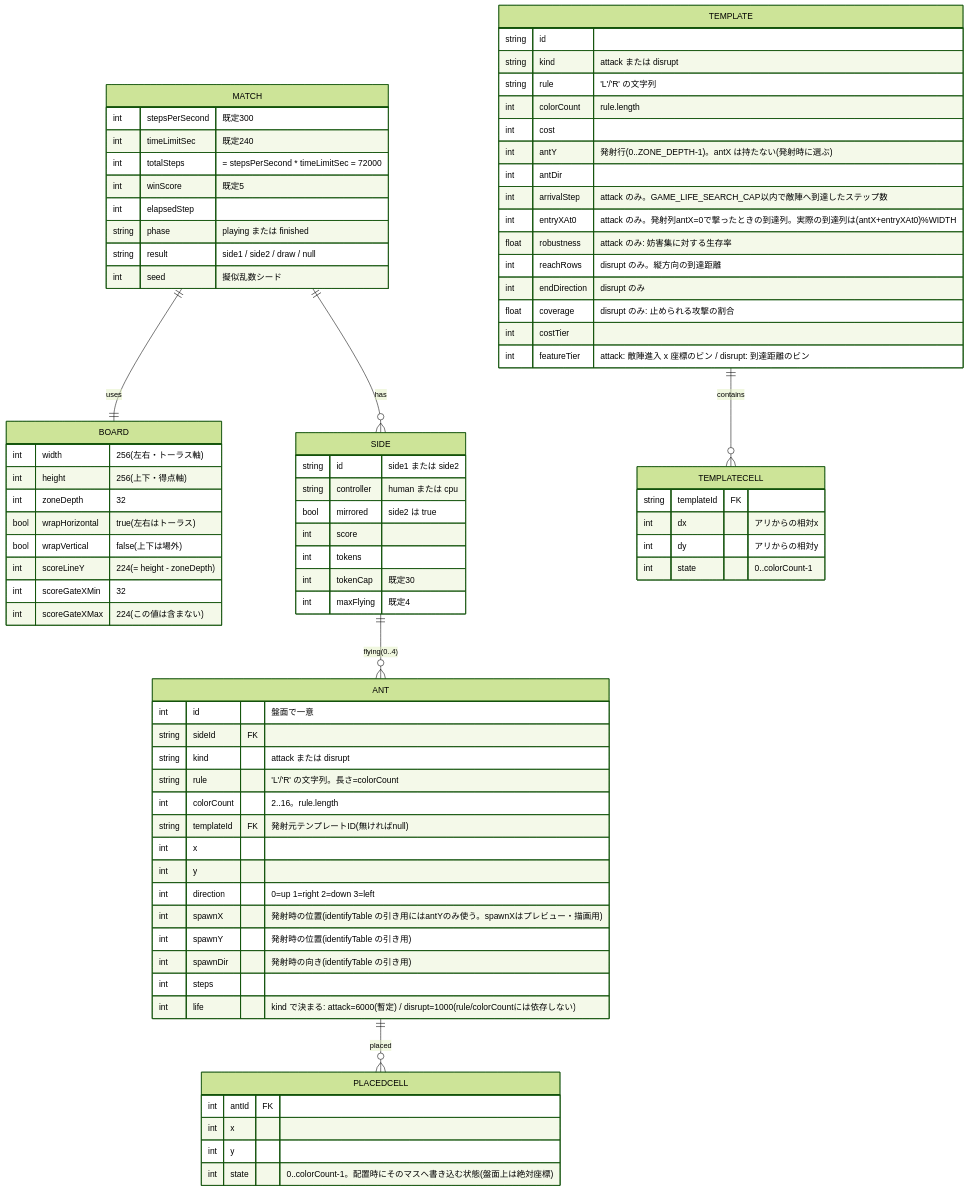
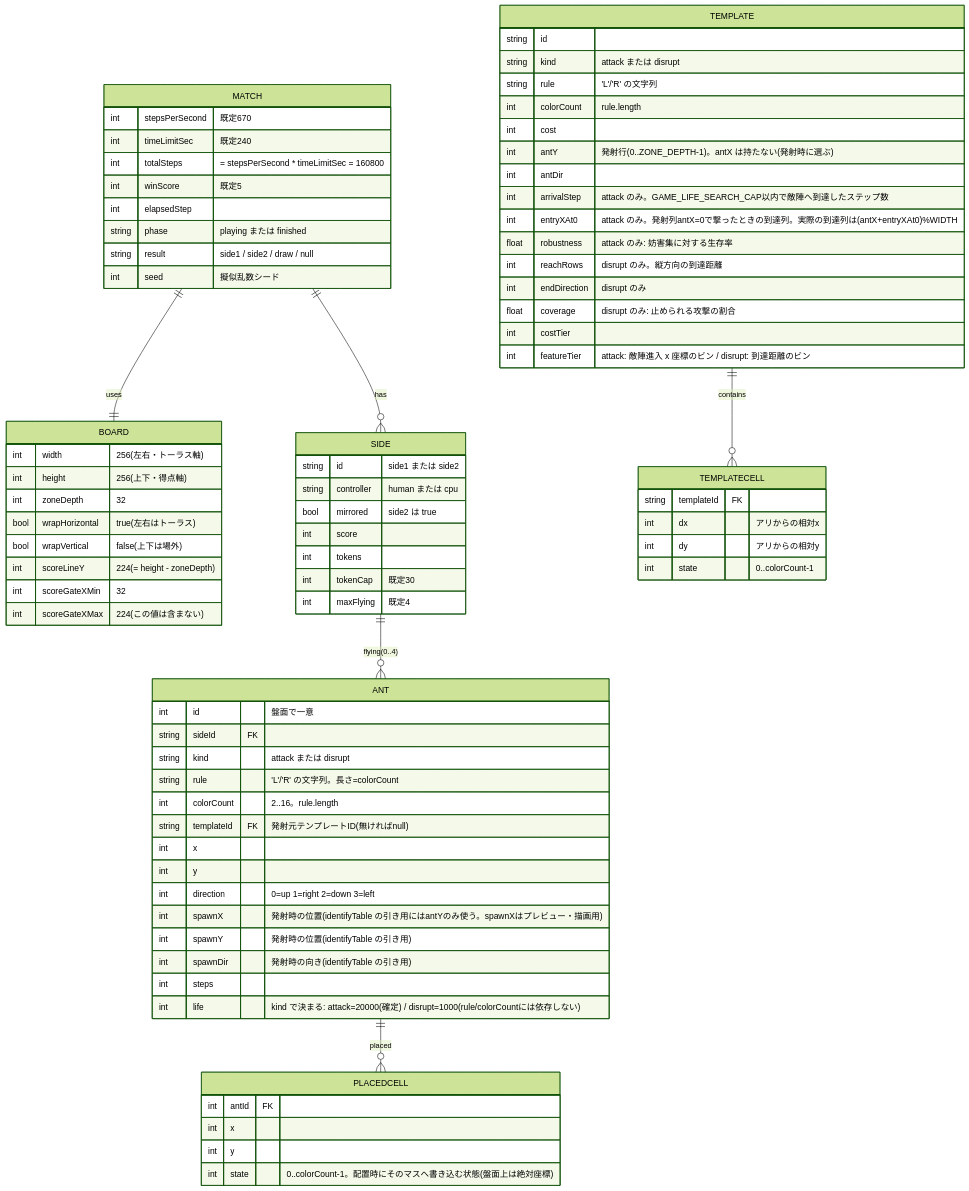
One commit to ry32767/Langton-Ant-Siege changed the diagram in docs/data-model.md. Above: the diagram before and after it, drawn with Mermaid (forest theme). The commit also changed other lines of this file and 3 other files, not shown here.

````diff
--- a/docs/data-model.md
+++ b/docs/data-model.md
@@ -11,82 +15,82 @@
 ```mermaid
 erDiagram
     MATCH ||--|| BOARD : uses
     MATCH ||--o{ SIDE : has
     SIDE ||--o{ ANT : "flying(0..4)"
     ANT ||--o{ PLACEDCELL : placed
     TEMPLATE ||--o{ TEMPLATECELL : contains
     MATCH {
-        int stepsPerSecond "既定300"
+        int stepsPerSecond "既定670"
         int timeLimitSec "既定240"
-        int totalSteps "= stepsPerSecond * timeLimitSec = 72000"
+        int totalSteps "= stepsPerSecond * timeLimitSec = 160800"
         int winScore "既定5"
         int elapsedStep
         string phase "playing または finished"
         string result "side1 / side2 / draw / null"
         int seed "擬似乱数シード"
     }
     BOARD {
         int width "256(左右・トーラス軸)"
         int height "256(上下・得点軸)"
         int zoneDepth "32"
         bool wrapHorizontal "true(左右はトーラス)"
         bool wrapVertical "false(上下は場外)"
         int scoreLineY "224(= height - zoneDepth)"
         int scoreGateXMin "32"
         int scoreGateXMax "224(この値は含まない)"
     }
     SIDE {
         string id "side1 または side2"
         string controller "human または cpu"
         bool mirrored "side2 は true"
         int score
         int tokens
         int tokenCap "既定30"
         int maxFlying "既定4"
     }
     ANT {
         int id "盤面で一意"
         string sideId FK
         string kind "attack または disrupt"
         string rule "'L'/'R' の文字列。長さ=colorCount"
         int colorCount "2..16。rule.length"
         string templateId FK "発射元テンプレートID(無ければnull)"
         int x
         int y
         int direction "0=up 1=right 2=down 3=left"
         int spawnX "発射時の位置(identifyTable の引き用にはantYのみ使う。spawnXはプレビュー・描画用)"
         int spawnY "発射時の位置(identifyTable の引き用)"
         int spawnDir "発射時の向き(identifyTable の引き用)"
         int steps
-        int life "kind で決まる: attack=6000(暫定) / disrupt=1000(rule/colorCountには依存しない)"
+        int life "kind で決まる: attack=20000(確定) / disrupt=1000(rule/colorCountには依存しない)"
     }
     PLACEDCELL {
         int antId FK
         int x
         int y
         int state "0..colorCount-1。配置時にそのマスへ書き込む状態(盤面上は絶対座標)"
     }
     TEMPLATE {
         string id
         string kind "attack または disrupt"
         string rule "'L'/'R' の文字列"
         int colorCount "rule.length"
         int cost
         int antY "発射行(0..ZONE_DEPTH-1)。antX は持たない(発射時に選ぶ)"
         int antDir
         int arrivalStep "attack のみ。GAME_LIFE_SEARCH_CAP以内で敵陣へ到達したステップ数"
         int entryXAt0 "attack のみ。発射列antX=0で撃ったときの到達列。実際の到達列は(antX+entryXAt0)%WIDTH"
         float robustness "attack のみ: 妨害集に対する生存率"
         int reachRows "disrupt のみ。縦方向の到達距離"
         int endDirection "disrupt のみ"
         float coverage "disrupt のみ: 止められる攻撃の割合"
         int costTier
         int featureTier "attack: 敵陣進入 x 座標のビン / disrupt: 到達距離のビン"
     }
     TEMPLATECELL {
         string templateId FK
         int dx "アリからの相対x"
         int dy "アリからの相対y"
         int state "0..colorCount-1"
     }
 ```
````
